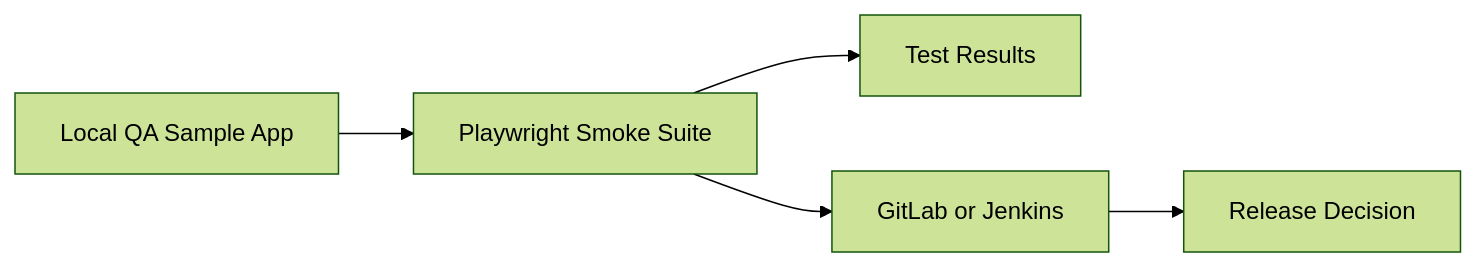
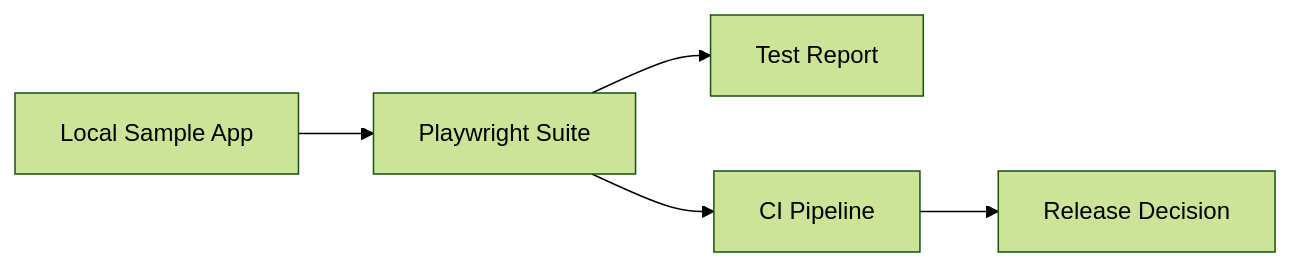
One commit to acbharath14/enterprise-qa-automation-blueprint changed the diagram in README.md. Above: the diagram before and after it, drawn with Mermaid (forest theme). The commit also changed other lines of this file and 1 other file, not shown here.

````diff
--- a/README.md
+++ b/README.md
@@ -19,7 +7,7 @@
 ```mermaid
 flowchart LR
-	App[Local QA Sample App] --> UI[Playwright Smoke Suite]
-	UI --> Report[Test Results]
-	UI --> CI[GitLab or Jenkins]
+	App[Local Sample App] --> UI[Playwright Suite]
+	UI --> Report[Test Report]
+	UI --> CI[CI Pipeline]
 	CI --> Gate[Release Decision]
 ```
````
